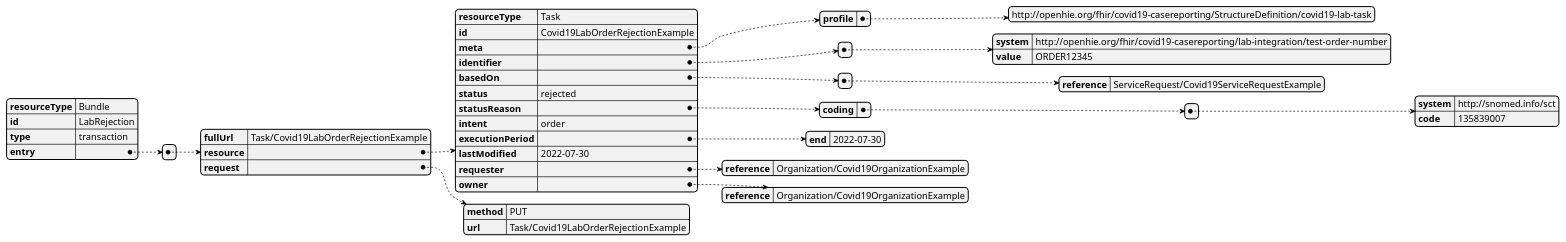
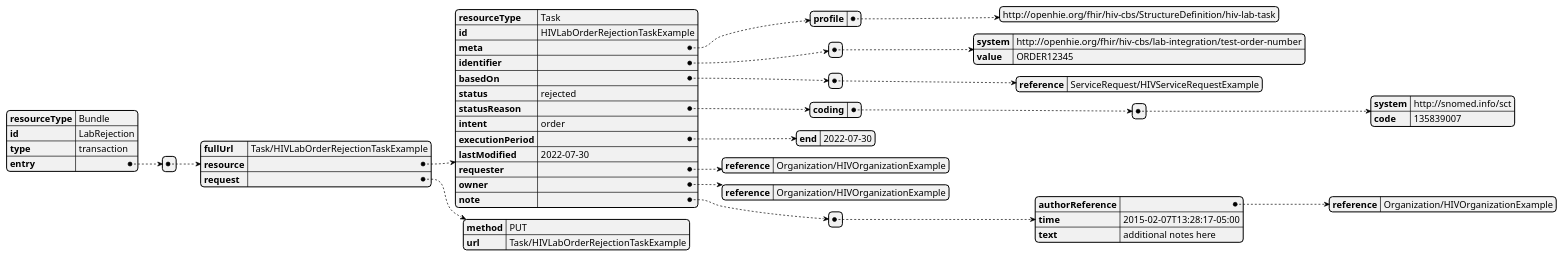
The diagram in input/images-source/lab-rejection-bundle.pu (openhie/HIV-CBS), drawn with PlantUML before and after one commit. The commit also changed 26 other files, not shown here.

```diff
--- a/input/images-source/lab-rejection-bundle.pu
+++ b/input/images-source/lab-rejection-bundle.pu
@@ -1,48 +1,55 @@
 @startjson lab-rejection-bundle
 {
   "resourceType" : "Bundle",
   "id" : "LabRejection",
   "type" : "transaction",
   "entry" : [{
-    "fullUrl" : "Task/Covid19LabOrderRejectionExample",
+    "fullUrl" : "Task/HIVLabOrderRejectionTaskExample",
     "resource" : {
       "resourceType" : "Task",
-      "id" : "Covid19LabOrderRejectionExample",
+      "id" : "HIVLabOrderRejectionTaskExample",
       "meta" : {
-        "profile" : ["http://openhie.org/fhir/covid19-casereporting/StructureDefinition/covid19-lab-task"]
+        "profile" : ["http://openhie.org/fhir/hiv-cbs/StructureDefinition/hiv-lab-task"]
       },
      
       "identifier" : [{
-        "system" : "http://openhie.org/fhir/covid19-casereporting/lab-integration/test-order-number",
+        "system" : "http://openhie.org/fhir/hiv-cbs/lab-integration/test-order-number",
         "value" : "ORDER12345"
       }],
       "basedOn" : [{
-        "reference" : "ServiceRequest/Covid19ServiceRequestExample"
+        "reference" : "ServiceRequest/HIVServiceRequestExample"
       }],
       "status" : "rejected",
       "statusReason" : {
         "coding" : [{
           "system" : "http://snomed.info/sct",
           "code" : "135839007"
         }]
       },
       "intent" : "order",
       "executionPeriod" : {
         "end" : "2022-07-30"
       },
       "lastModified" : "2022-07-30",
       "requester" : {
-        "reference" : "Organization/Covid19OrganizationExample"
+        "reference" : "Organization/HIVOrganizationExample"
       },
       "owner" : {
-        "reference" : "Organization/Covid19OrganizationExample"
-      }
+        "reference" : "Organization/HIVOrganizationExample"
+      },
+      "note" : [{
+        "authorReference" : {
+          "reference" : "Organization/HIVOrganizationExample"
+        },
+        "time" : "2015-02-07T13:28:17-05:00",
+        "text" : "additional notes here"
+      }]
     },
     "request" : {
       "method" : "PUT",
-      "url" : "Task/Covid19LabOrderRejectionExample"
+      "url" : "Task/HIVLabOrderRejectionTaskExample"
     }
   }]
 }
 
 @endjson
```
